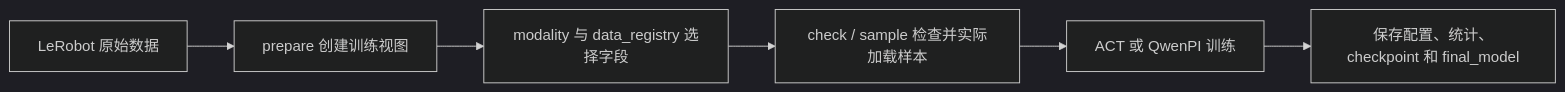
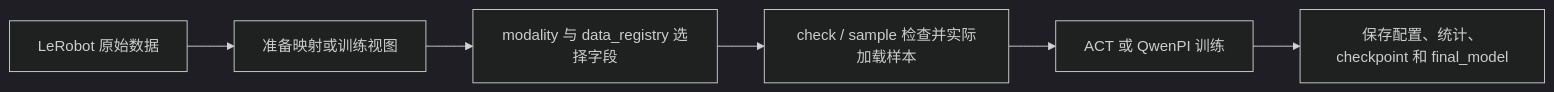
One commit to shanchaicn/starVLA changed the diagram in examples/realRobots/dualarmLT/TRAINING_CS_LT.md. Above: the diagram before and after it, drawn with Mermaid (dark theme). The commit also changed other lines of this file and 12 other files, not shown here.

````diff
--- a/examples/realRobots/dualarmLT/TRAINING_CS_LT.md
+++ b/examples/realRobots/dualarmLT/TRAINING_CS_LT.md
@@ -61,8 +75,8 @@
 ```mermaid
 flowchart LR
-    A[LeRobot 原始数据] --> B[prepare 创建训练视图]
+    A[LeRobot 原始数据] --> B[准备映射或训练视图]
     B --> C[modality 与 data_registry 选择字段]
     C --> D[check / sample 检查并实际加载样本]
     D --> E[ACT 或 QwenPI 训练]
     E --> F[保存配置、统计、checkpoint 和 final_model]
 ```
````
